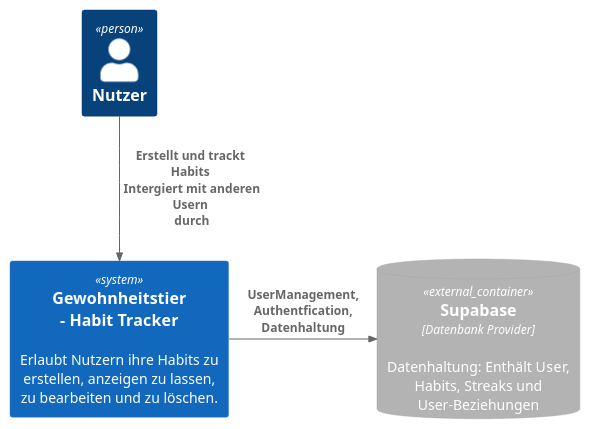
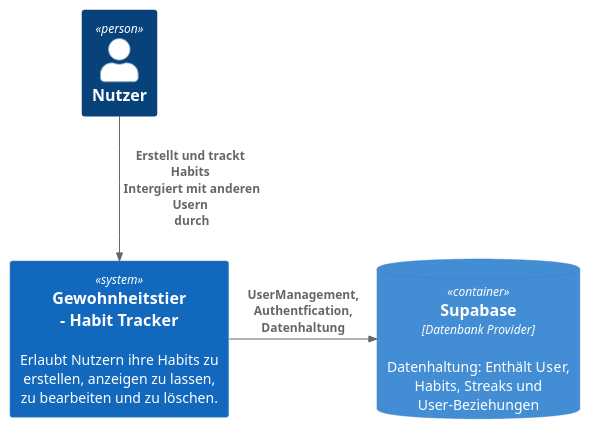
One commit to 1tristan0/SE-HabitTracker-3.B changed the diagram in docs/architecture/plantuml/c4.puml. Above: the diagram before and after it, drawn with PlantUML. The commit also changed 1 other file, not shown here.

```diff
--- a/docs/architecture/plantuml/c4.puml
+++ b/docs/architecture/plantuml/c4.puml
@@ -1,18 +1,18 @@
 @startuml
 !include <c4/C4_Context.puml>
 !include <C4/C4>  
 !include <C4/C4_Container>     
 
 Person(customer, "Nutzer")
   System(webApp, "Gewohnheitstier\n - Habit Tracker",  "Erlaubt Nutzern ihre Habits zu erstellen, anzeigen zu lassen, zu bearbeiten und zu löschen. ")
 
 
 
-  ContainerDb_Ext(db,    "Supabase",  "Datenbank Provider", "Datenhaltung: Enthält User, Habits, Streaks und User-Beziehungen")
+  ContainerDb(db,    "Supabase",  "Datenbank Provider", "Datenhaltung: Enthält User, Habits, Streaks und User-Beziehungen")
 
 
 Rel(customer, webApp, "Erstellt und trackt Habits \n Intergiert mit anderen Usern \n durch ")
 
 Rel_R(webApp, db,     "UserManagement, Authentfication, Datenhaltung")
 
 @enduml
```
